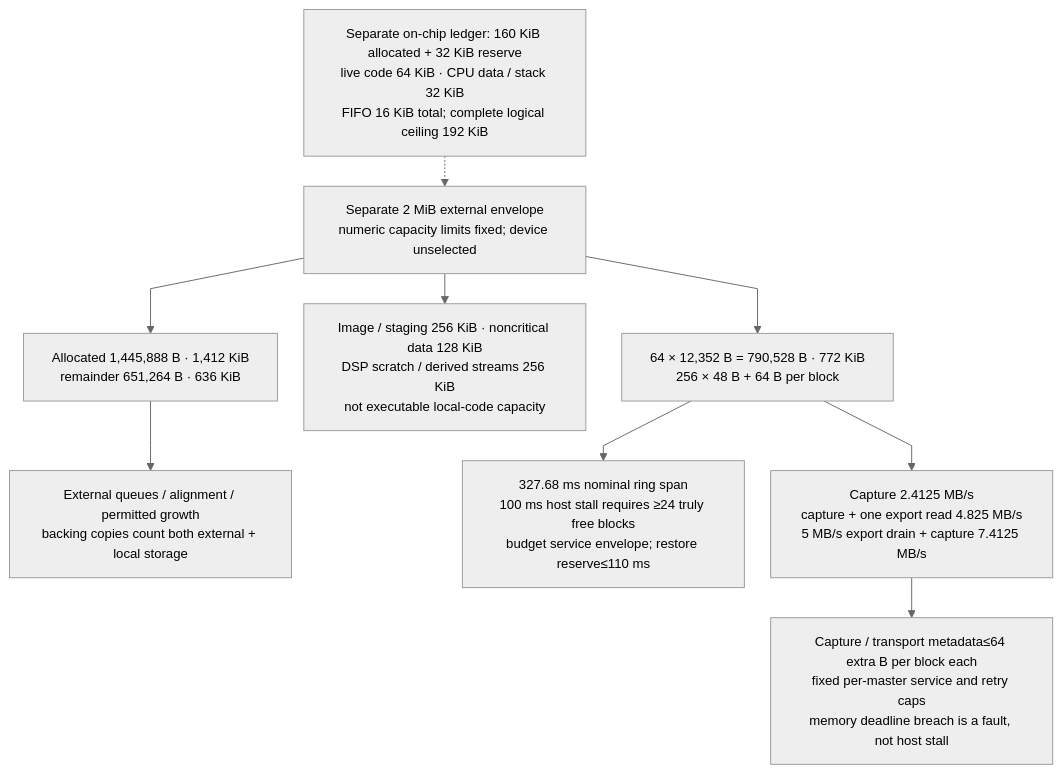
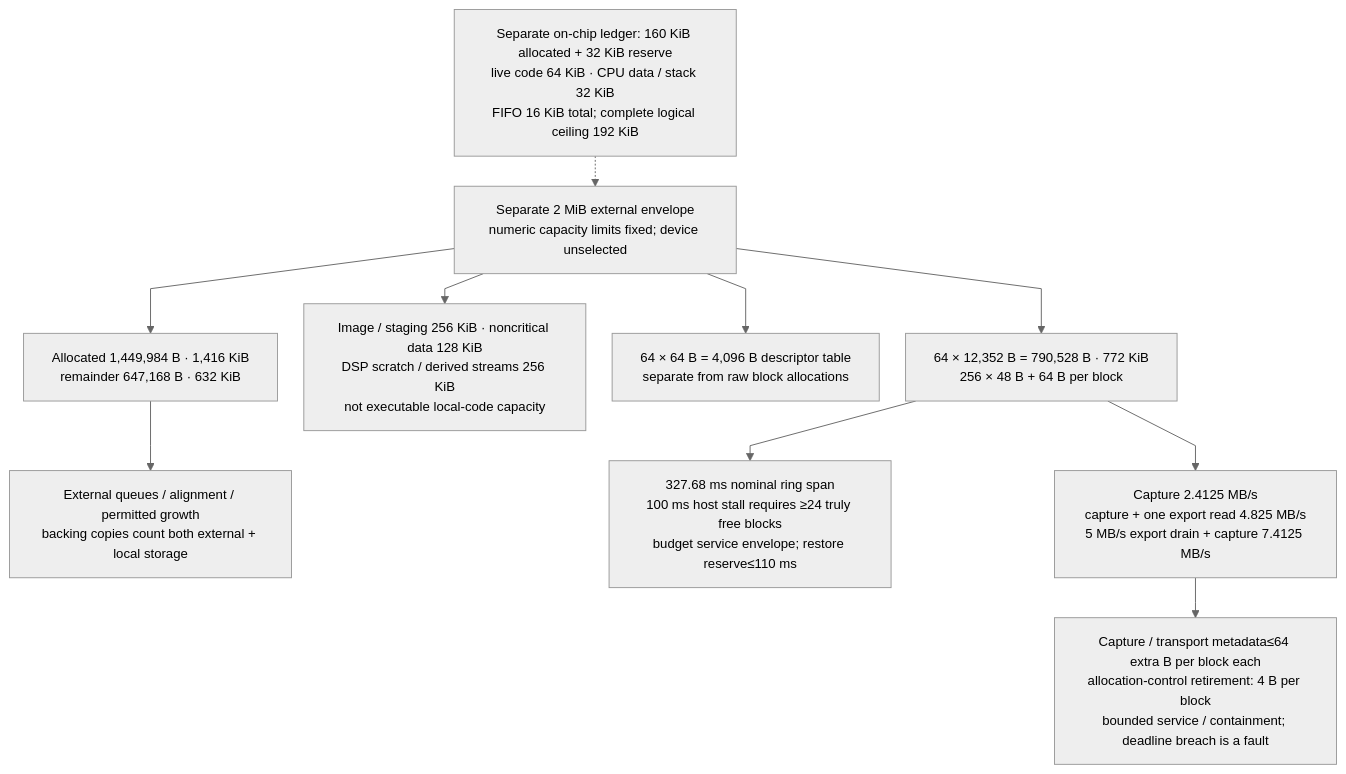
The second of 29 diagrams in microcontroller/memory/README.md (baolgn/DRG-pain-project), drawn with Mermaid before and after one commit. The commit also changed other lines of this file and 67 other files, not shown here.

````diff
--- a/microcontroller/memory/README.md
+++ b/microcontroller/memory/README.md
@@ -89,12 +91,13 @@
 ```mermaid
 %%{init: {"theme":"neutral","fontFamily":"Arial,sans-serif","themeVariables":{"fontFamily":"Arial,sans-serif","fontSize":"14px"},"flowchart":{"htmlLabels":true,"minNodeWidth":0,"wrappingWidth":240,"nodeSpacing":28,"rankSpacing":32,"curve":"linear"}}}%%
 flowchart TB
     PLAN["Separate 2 MiB external envelope<br/>numeric capacity limits fixed; device unselected"] --> RING["64 × 12,352 B = 790,528 B · 772 KiB<br/>256 × 48 B + 64 B per block"]
     PLAN --> ALLOW["Image / staging 256 KiB · noncritical data 128 KiB<br/>DSP scratch / derived streams 256 KiB<br/>not executable local-code capacity"]
-    PLAN --> REST["Allocated 1,445,888 B · 1,412 KiB<br/>remainder 651,264 B · 636 KiB"]
+    PLAN --> DESCRIPTORS["64 × 64 B = 4,096 B descriptor table<br/>separate from raw block allocations"]
+    PLAN --> REST["Allocated 1,449,984 B · 1,416 KiB<br/>remainder 647,168 B · 632 KiB"]
     REST --> EXTRA["External queues / alignment / permitted growth<br/>backing copies count both external + local storage"]
     LOCAL["Separate on-chip ledger: 160 KiB allocated + 32 KiB reserve<br/>live code 64 KiB · CPU data / stack 32 KiB<br/>FIFO 16 KiB total; complete logical ceiling 192 KiB"] -.-> PLAN
     RING --> STALL["327.68 ms nominal ring span<br/>100 ms host stall requires ≥24 truly free blocks<br/>budget service envelope; restore reserve≤110 ms"]
     RING --> BW["Capture 2.4125 MB/s<br/>capture + one export read 4.825 MB/s<br/>5 MB/s export drain + capture 7.4125 MB/s"]
-    BW --> MARGIN["Capture / transport metadata≤64 extra B per block each<br/>fixed per-master service and retry caps<br/>memory deadline breach is a fault, not host stall"]
+    BW --> MARGIN["Capture / transport metadata≤64 extra B per block each<br/>allocation-control retirement: 4 B per block<br/>bounded service / containment; deadline breach is a fault"]
 ```
````
